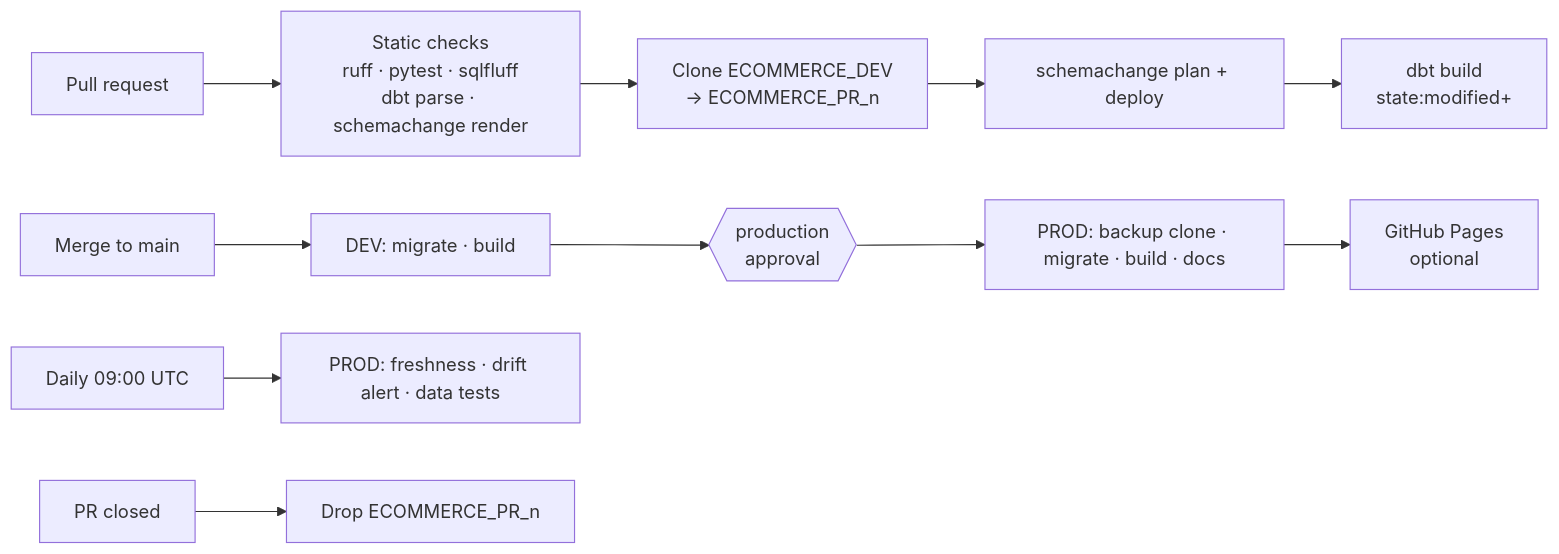
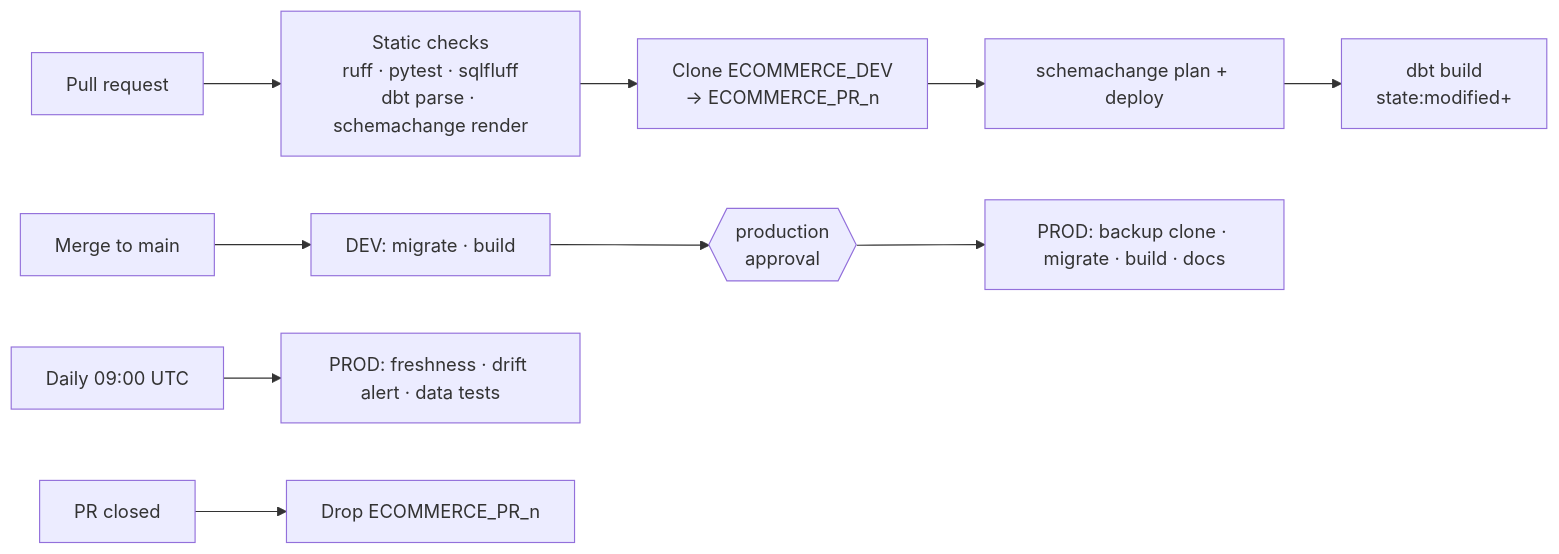
Before and after one commit to flaviobrito/snowflake-schemachange: the second of 2 diagrams in README.md, drawn with Mermaid. The commit also changed other lines of this file and 1 other file, not shown here.

Commit message:
Remove GitHub Pages publishing; keep dbt docs as a workflow artifact

````diff
--- a/README.md
+++ b/README.md
@@ -117,13 +117,12 @@
 ```mermaid
 flowchart LR
     PR[Pull request] --> SC[Static checks<br/>ruff · pytest · sqlfluff<br/>dbt parse · schemachange render]
     SC --> CL[Clone ECOMMERCE_DEV<br/>→ ECOMMERCE_PR_n]
     CL --> MIG[schemachange plan + deploy]
     MIG --> BUILD[dbt build<br/>state:modified+]
     MERGE[Merge to main] --> DEV[DEV: migrate · build]
     DEV --> GATE{{production<br/>approval}}
     GATE --> PROD[PROD: backup clone · migrate · build · docs]
-    PROD --> PAGES[GitHub Pages<br/>optional]
     CRON[Daily 09:00 UTC] --> MON[PROD: freshness · drift alert · data tests]
     CLOSE[PR closed] --> DROP[Drop ECOMMERCE_PR_n]
 ```
````
